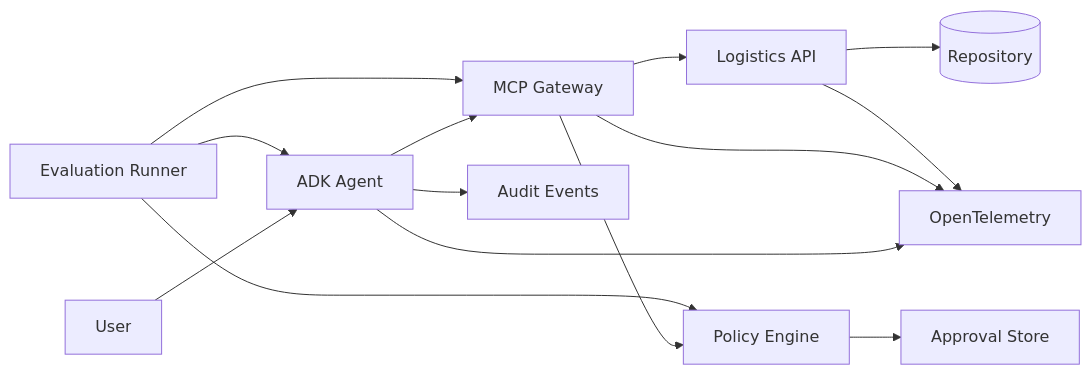
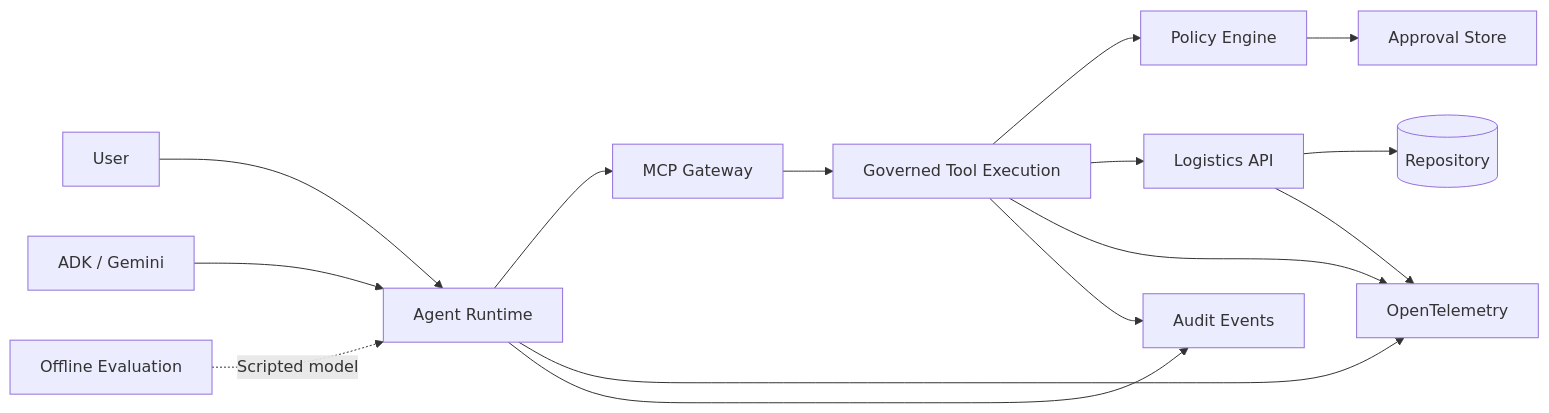
One commit to ZihaoWang/Logistic-Agent changed the diagram in README.md. Above: the diagram before and after it, drawn with Mermaid.

````diff
--- a/README.md
+++ b/README.md
@@ -23,22 +23,21 @@
 ```mermaid
 flowchart LR
-    User[User] --> Agent[ADK Agent]
+    User[User] --> Runtime[Agent Runtime]
+    Model[ADK / Gemini] --> Runtime
+    Runtime --> MCP[MCP Gateway]
 
-    Agent --> MCP[MCP Gateway]
-
-    MCP --> Policy[Policy Engine]
+    MCP --> Gov[Governed Tool Execution]
+    Gov --> Policy[Policy Engine]
     Policy --> Approval[Approval Store]
-
-    MCP --> API[Logistics API]
+    Gov --> API[Logistics API]
     API --> Repo[(Repository)]
 
-    Agent --> Obs[OpenTelemetry]
-    MCP --> Obs
+    Runtime --> Obs[OpenTelemetry]
+    Gov --> Obs
     API --> Obs
 
-    Agent --> Audit[Audit Events]
+    Runtime --> Audit[Audit Events]
+    Gov --> Audit
 
-    Eval[Evaluation Runner] --> Agent
-    Eval --> MCP
-    Eval --> Policy
+    Eval[Offline Evaluation] -. Scripted model .-> Runtime
 ```
````
